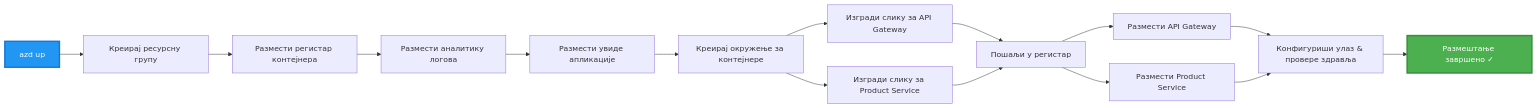
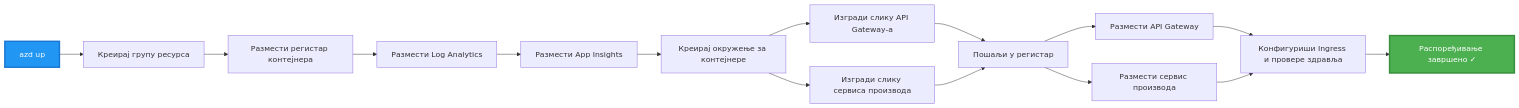
One commit to microsoft/AZD-for-beginners changed the third of 4 diagrams in translations/sr/examples/microservices/README.md. Above: the diagram before and after it, drawn with Mermaid. The commit also changed other lines of this file and 242 other files, not shown here.

````diff
--- a/translations/sr/examples/microservices/README.md
+++ b/translations/sr/examples/microservices/README.md
@@ -242,20 +233,20 @@
 ```mermaid
 graph LR
-    A[azd up] --> B[Креирај ресурсну групу]
+    A[azd up] --> B[Креирај групу ресурса]
     B --> C[Размести регистар контејнера]
-    C --> D[Размести аналитику логова]
-    D --> E[Размести увиде апликације]
+    C --> D[Размести Log Analytics]
+    D --> E[Размести App Insights]
     E --> F[Креирај окружење за контејнере]
-    F --> G[Изгради слику за API Gateway]
-    F --> H[Изгради слику за Product Service]
+    F --> G[Изгради слику API Gateway-а]
+    F --> H[Изгради слику сервиса производа]
     G --> I[Пошаљи у регистар]
     H --> I
     I --> J[Размести API Gateway]
-    I --> K[Размести Product Service]
-    J --> L[Конфигуриши улаз & провере здравља]
+    I --> K[Размести сервис производа]
+    J --> L[Конфигуриши Ingress и провере здравља]
     K --> L
-    L --> M[Размештање завршено ✓]
+    L --> M[Распоређивање завршено ✓]
     
     style A fill:#2196F3,stroke:#1976D2,stroke-width:3px,color:#fff
     style M fill:#4CAF50,stroke:#388E3C,stroke-width:3px,color:#fff
 ```
````
